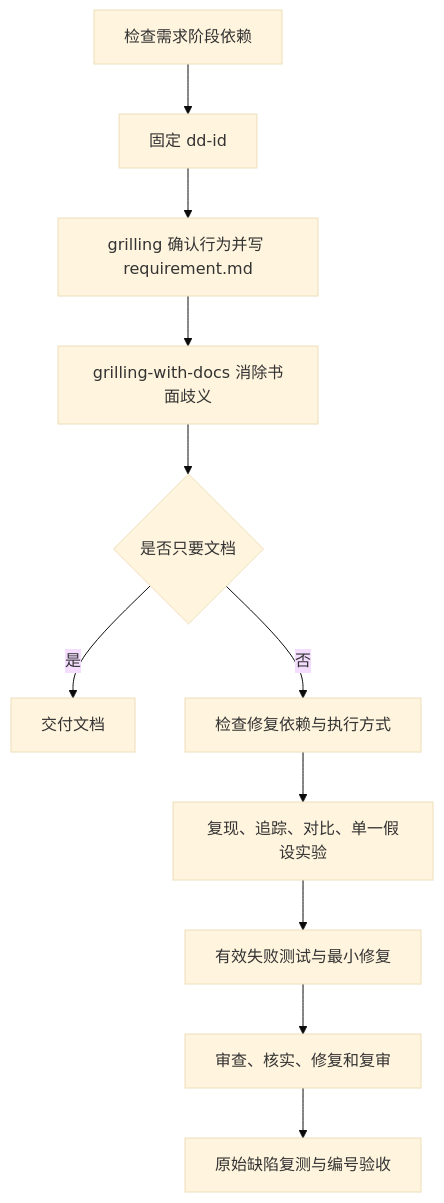
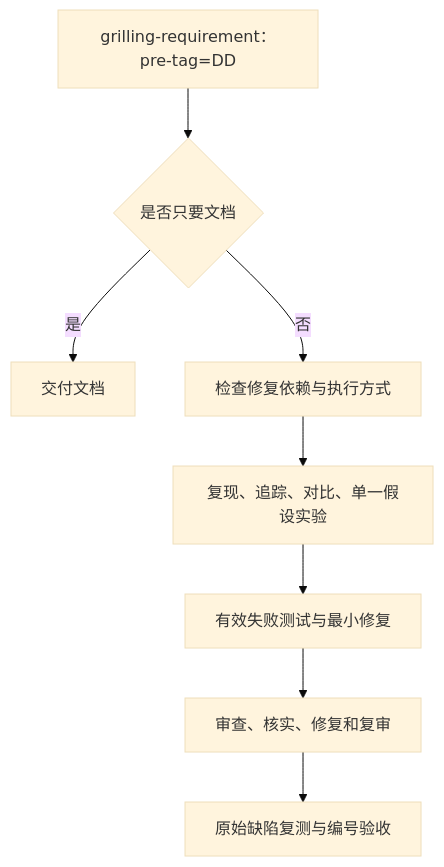
One commit to j-show/ai-everything changed the diagram in skills/dev-debug/README.md. Above: the diagram before and after it, drawn with Mermaid (base theme). The commit also changed other lines of this file and 15 other files, not shown here.

````diff
--- a/skills/dev-debug/README.md
+++ b/skills/dev-debug/README.md
@@ -17,13 +17,10 @@
 ```mermaid
 flowchart TD
-    A[检查需求阶段依赖] --> B[固定 dd-id]
-    B --> C[grilling 确认行为并写 requirement.md]
-    C --> D[grilling-with-docs 消除书面歧义]
-    D --> E{是否只要文档}
+    A[grilling-requirement：pre-tag=DD] --> E{是否只要文档}
     E -->|是| F[交付文档]
     E -->|否| G[检查修复依赖与执行方式]
     G --> H[复现、追踪、对比、单一假设实验]
     H --> I[有效失败测试与最小修复]
     I --> J[审查、核实、修复和复审]
     J --> K[原始缺陷复测与编号验收]
 ```
````
